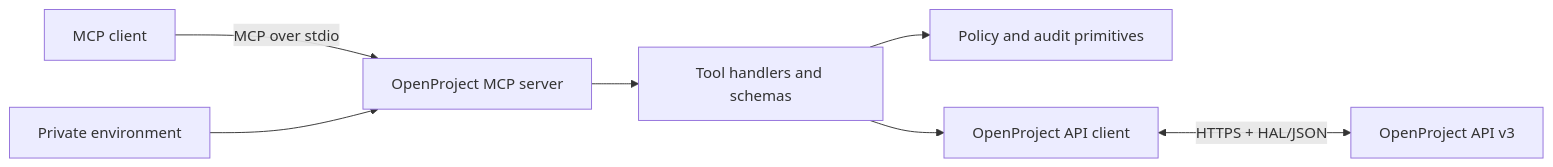
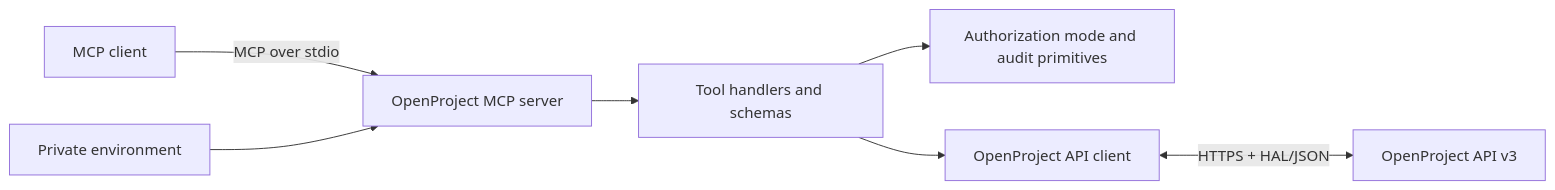
The diagram in docs/architecture.md (Turbo-Crowd/openproject-mcp), drawn with Mermaid before and after one commit. The commit also changed other lines of this file and 19 other files, not shown here.

````diff
--- a/docs/architecture.md
+++ b/docs/architecture.md
@@ -5,9 +5,9 @@
 ```mermaid
 flowchart LR
     Client[MCP client] -->|MCP over stdio| Server[OpenProject MCP server]
     Server --> Tools[Tool handlers and schemas]
-    Tools --> Policy[Policy and audit primitives]
+    Tools --> Policy[Authorization mode and audit primitives]
     Tools --> ClientAPI[OpenProject API client]
     ClientAPI <-->|HTTPS + HAL/JSON| API[OpenProject API v3]
     Env[Private environment] --> Server
 ```
````
